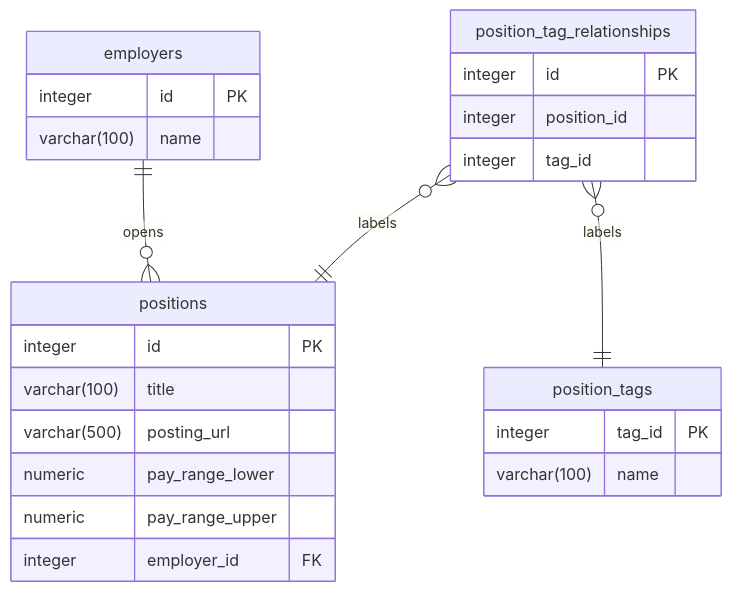
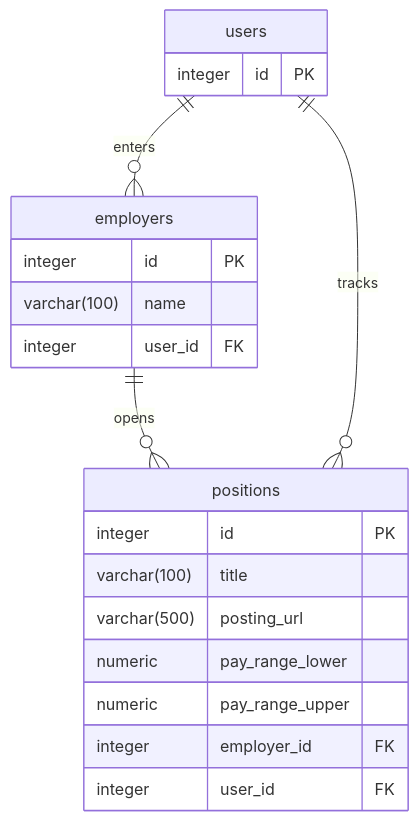
The diagram in docs/docs/schemas/database.md (scryptids/jobsapp), drawn with Mermaid before and after one commit. The commit also changed 10 other files, not shown here.

First line of the commit message:
add users to database schema

````diff
--- a/docs/docs/schemas/database.md
+++ b/docs/docs/schemas/database.md
@@ -7,28 +7,24 @@
 ```mermaid
 erDiagram
+    users {
+        integer id PK
+    }
     employers {
         integer id PK
         varchar(100) name
+        integer user_id FK
     }
     positions {
         integer id PK
         varchar(100) title
         varchar(500) posting_url
         numeric pay_range_lower
         numeric pay_range_upper
         integer employer_id FK
-    }
-    position_tags {
-        integer tag_id PK
-        varchar(100) name
-    }
-    position_tag_relationships {
-        integer id PK
-        integer position_id
-        integer tag_id
+        integer user_id FK
     }
 
     employers                  || -- o{ positions     : opens
-    position_tag_relationships }o -- || positions     : labels
-    position_tag_relationships }o -- || position_tags : labels
+    users                      || -- o{ employers     : enters
+    users                      || -- o{ positions     : tracks
 ```
````
